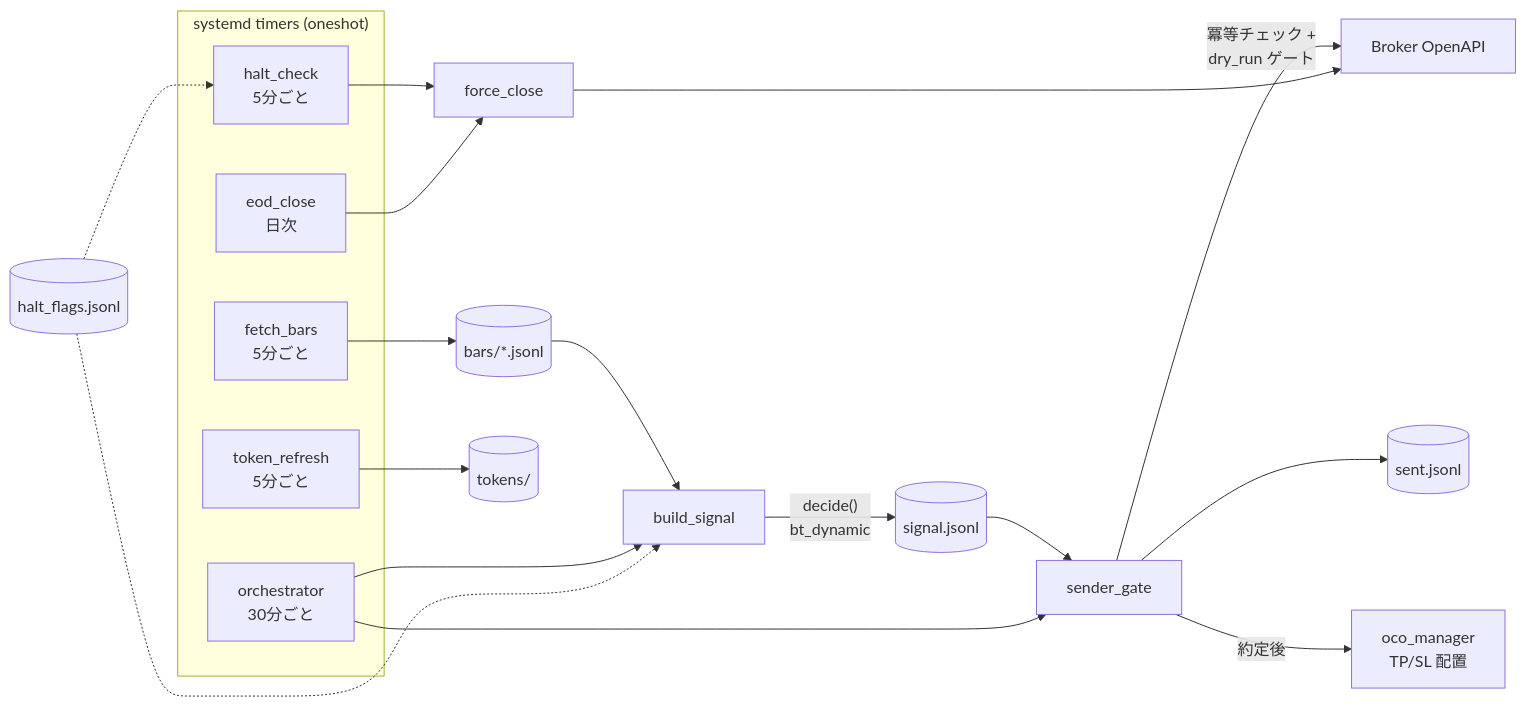
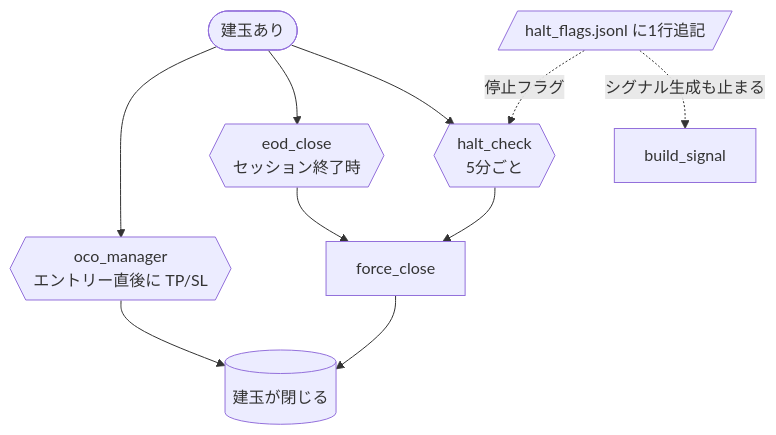
Before and after one commit to yktsnet/live-dynamic: the second of 2 diagrams in README.md, drawn with Mermaid. The commit also changed other lines of this file and 1 other file, not shown here.

Commit message:
docs(readme): split the architecture diagram by subject
1枚に「判定と発注の分離」と「多層フェイルセーフ」の2主題が詰まっており、
どちらも埋没していた。Architecture に前者、Safety Design に後者を置く。
oco_manager は安全装置なので後者へ移す。

````diff
--- a/README.md
+++ b/README.md
@@ -38,26 +65,13 @@
 ```mermaid
-flowchart LR
-    subgraph timers["systemd timers (oneshot)"]
-        FB[fetch_bars<br/>5分ごと]
-        OR[orchestrator<br/>30分ごと]
-        HC[halt_check<br/>5分ごと]
-        EOD[eod_close<br/>日次]
-        TR[token_refresh<br/>5分ごと]
-    end
-
-    FB --> BARS[(bars/*.jsonl)]
-    BARS --> BS[build_signal]
-    OR --> BS
-    BS -- decide()<br/>bt_dynamic --> SIG[(signal.jsonl)]
-    SIG --> SG[sender_gate]
-    OR --> SG
-    SG -- 冪等チェック +<br/>dry_run ゲート --> BROKER[Broker OpenAPI]
-    SG --> SENT[(sent.jsonl)]
-    SG -- 約定後 --> OCO[oco_manager<br/>TP/SL 配置]
-    HALT[(halt_flags.jsonl)] -.-> BS
-    HALT -.-> HC
-    HC --> FC[force_close]
-    EOD --> FC
-    FC --> BROKER
-    TR --> TOKEN[(tokens/)]
+flowchart TD
+    POS(["建玉あり"])
+    POS --> OCO{{"oco_manager<br/>エントリー直後に TP/SL"}}
+    POS --> EOD{{"eod_close<br/>セッション終了時"}}
+    POS --> HC{{"halt_check<br/>5分ごと"}}
+    HALT[/"halt_flags.jsonl に1行追記"/] -.->|"停止フラグ"| HC
+    HALT -.->|"シグナル生成も止まる"| BS["build_signal"]
+    OCO --> CLOSED[("建玉が閉じる")]
+    EOD --> FC["force_close"]
+    HC --> FC
+    FC --> CLOSED
 ```
````
